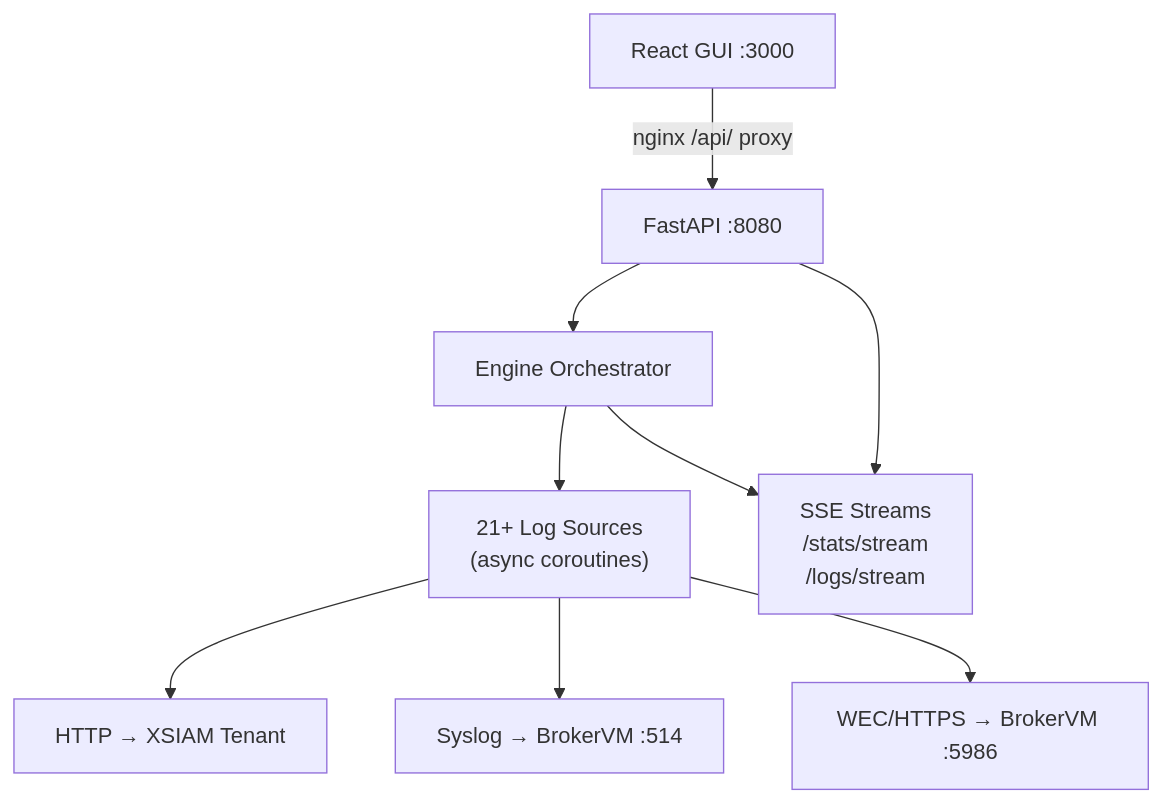
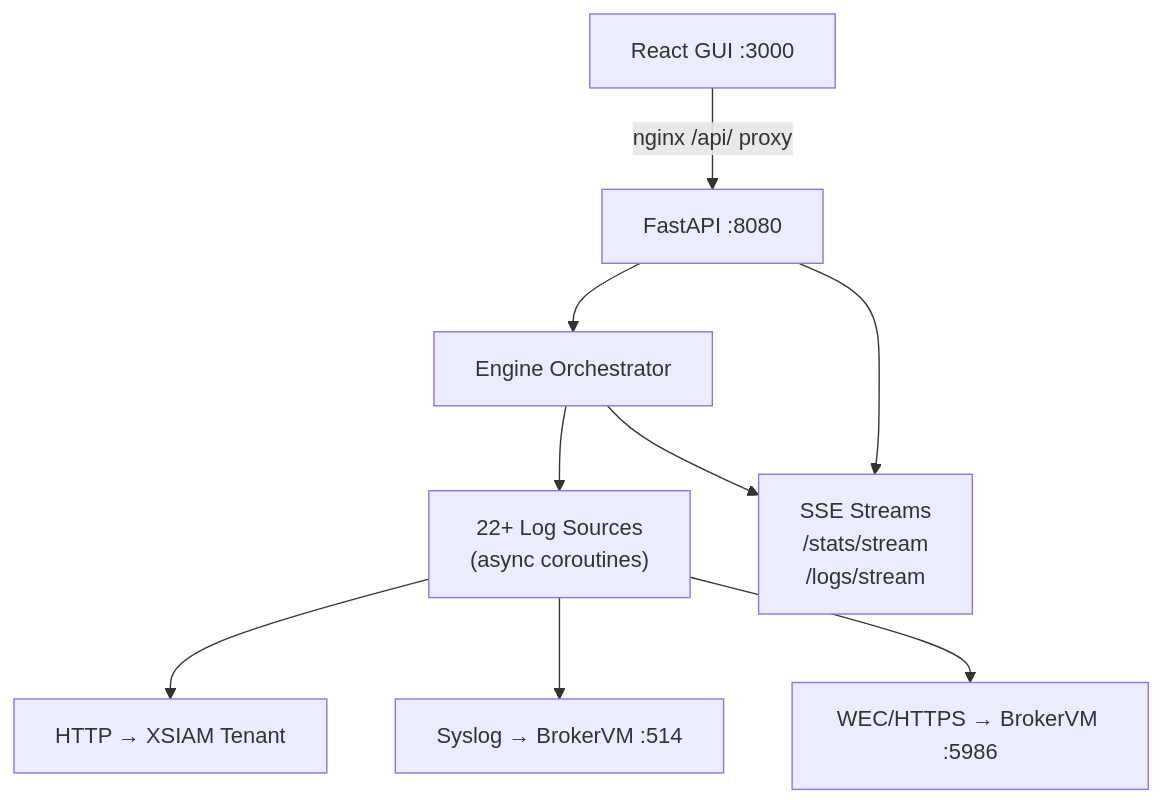
One commit to jhueby/xsiam-log-engine changed the diagram in README.md. Above: the diagram before and after it, drawn with Mermaid. The commit also changed other lines of this file and 1 other file, not shown here.

First line of the commit message:
feat: add Proofpoint TAP log source (HTTP, JSON)

````diff
--- a/README.md
+++ b/README.md
@@ -21,11 +21,11 @@
 ```mermaid
 graph TB
     GUI["React GUI :3000"] -->|nginx /api/ proxy| API["FastAPI :8080"]
     API --> Engine["Engine Orchestrator"]
-    Engine --> Sources["21+ Log Sources\n(async coroutines)"]
+    Engine --> Sources["22+ Log Sources\n(async coroutines)"]
     Sources --> HTTP["HTTP → XSIAM Tenant"]
     Sources --> Syslog["Syslog → BrokerVM :514"]
     Sources --> WEC["WEC/HTTPS → BrokerVM :5986"]
     Engine --> SSE["SSE Streams\n/stats/stream\n/logs/stream"]
     API --> SSE
 ```
````
